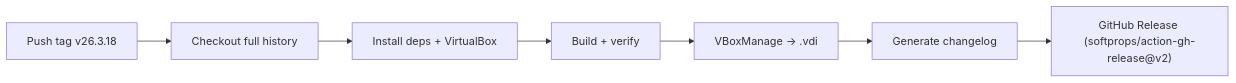
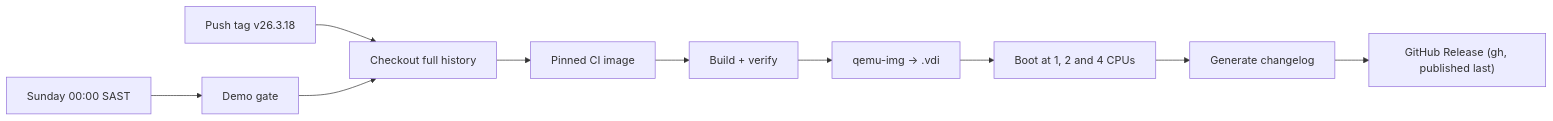
One commit to rizonesoft/impossible-os changed the fourth of 4 diagrams in docs/infrastructure/github-setup.md. Above: the diagram before and after it, drawn with Mermaid. The commit also changed other lines of this file and 13 other files, not shown here.

First line of the commit message:
release: a demo of main every Sunday, and the 1-CPU note next to the March download

````diff
--- a/docs/infrastructure/github-setup.md
+++ b/docs/infrastructure/github-setup.md
@@ -207,9 +209,11 @@
 ```mermaid
 graph LR
     A["Push tag v26.3.18"] --> B[Checkout full history]
-    B --> C[Install deps + VirtualBox]
+    S["Sunday 00:00 SAST"] --> Q[Demo gate] --> B
+    B --> C[Pinned CI image]
     C --> D[Build + verify]
-    D --> E["VBoxManage → .vdi"]
-    E --> F[Generate changelog]
-    F --> G["GitHub Release (softprops/action-gh-release@v2)"]
+    D --> E["qemu-img → .vdi"]
+    E --> H[Boot at 1, 2 and 4 CPUs]
+    H --> F[Generate changelog]
+    F --> G["GitHub Release (gh, published last)"]
 ```
````
